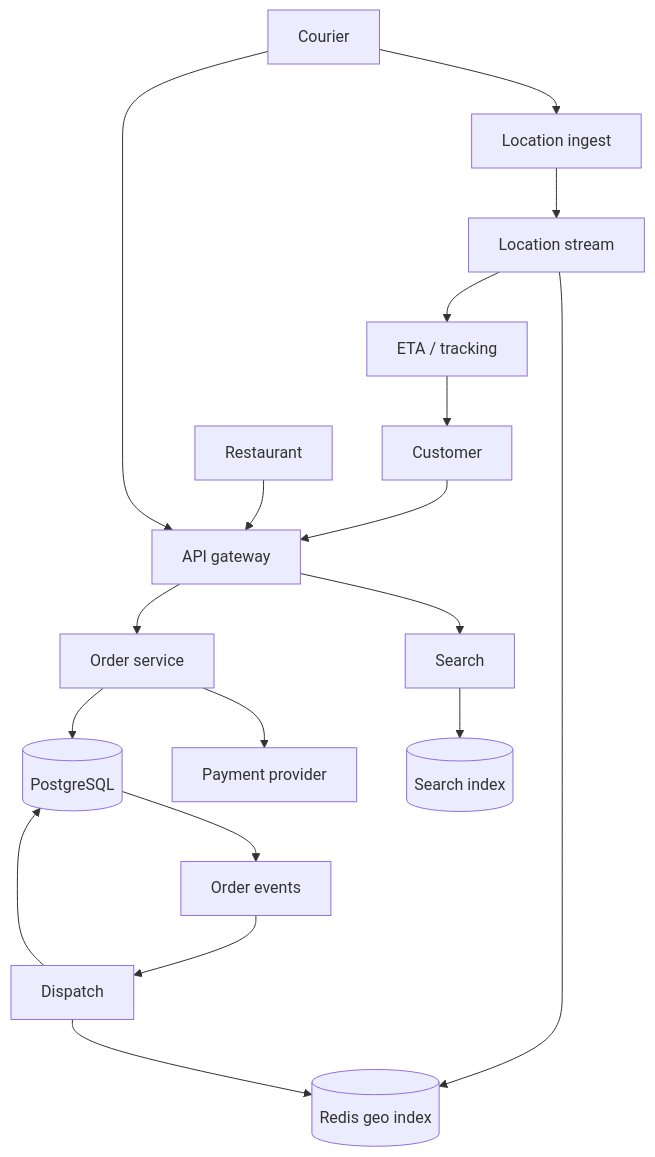
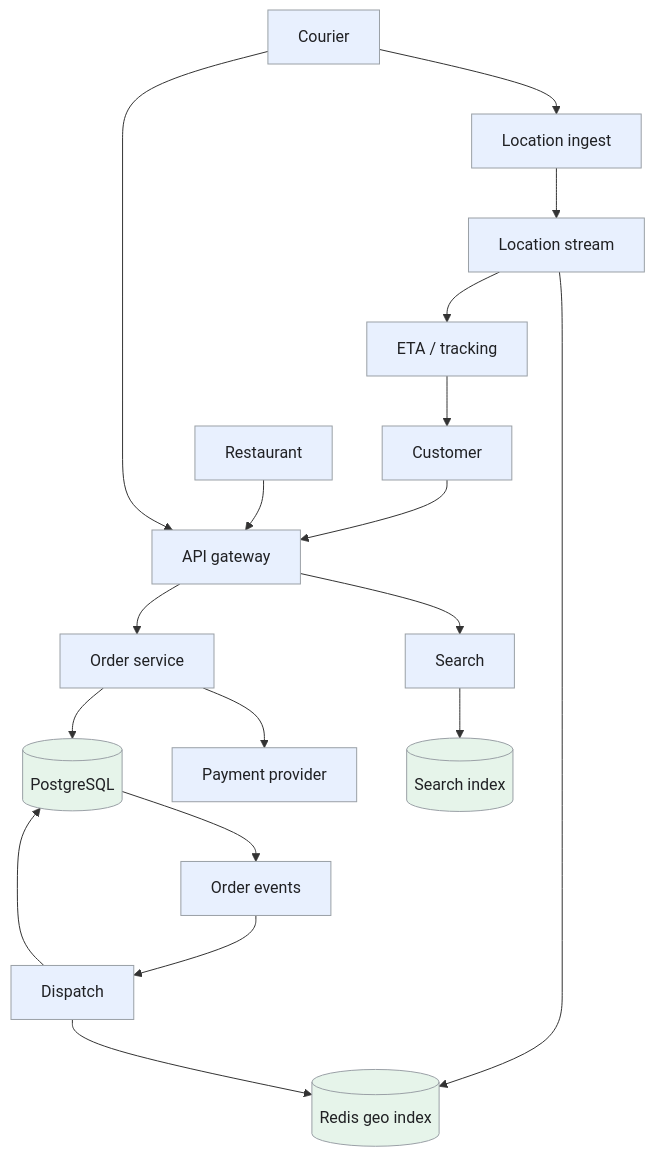
The first of 3 diagrams in _designs/system-design-local-delivery.md (iliazlobin/iliazlobin.github.io), drawn with Mermaid before and after one commit. The commit also changed other lines of this file and 20 other files, not shown here.

Commit message:
Improve design flows, tradeoffs, and technology references

````diff
--- a/_designs/system-design-local-delivery.md
+++ b/_designs/system-design-local-delivery.md
@@ -158,20 +158,25 @@
 ```mermaid
 flowchart TB
   C["Customer"] --> API["API gateway"]
   R["Restaurant"] --> API
   D["Courier"] --> API
   API --> S["Search"]
   API --> O["Order service"]
   O --> DB[("PostgreSQL")]
   O --> P["Payment provider"]
   DB --> E["Order events"]
   E --> MATCH["Dispatch"]
   MATCH --> DB
   D --> L["Location ingest"]
   L --> GPS["Location stream"]
   GPS --> GEO[("Redis geo index")]
   MATCH --> GEO
   GPS --> ETA["ETA / tracking"]
   ETA --> C
   S --> IDX[("Search index")]
+  classDef request fill:#e8f0fe,stroke:#9aa0a6,color:#202124,stroke-width:1px
+  classDef background fill:#e6f4ea,stroke:#9aa0a6,color:#202124,stroke-width:1px
+  classDef control fill:#fef7e0,stroke:#9aa0a6,color:#202124,stroke-width:1px
+  class C,API,R,D,S,O,P,E,MATCH,L,GPS,ETA request
+  class DB,GEO,IDX background
 ```
````
